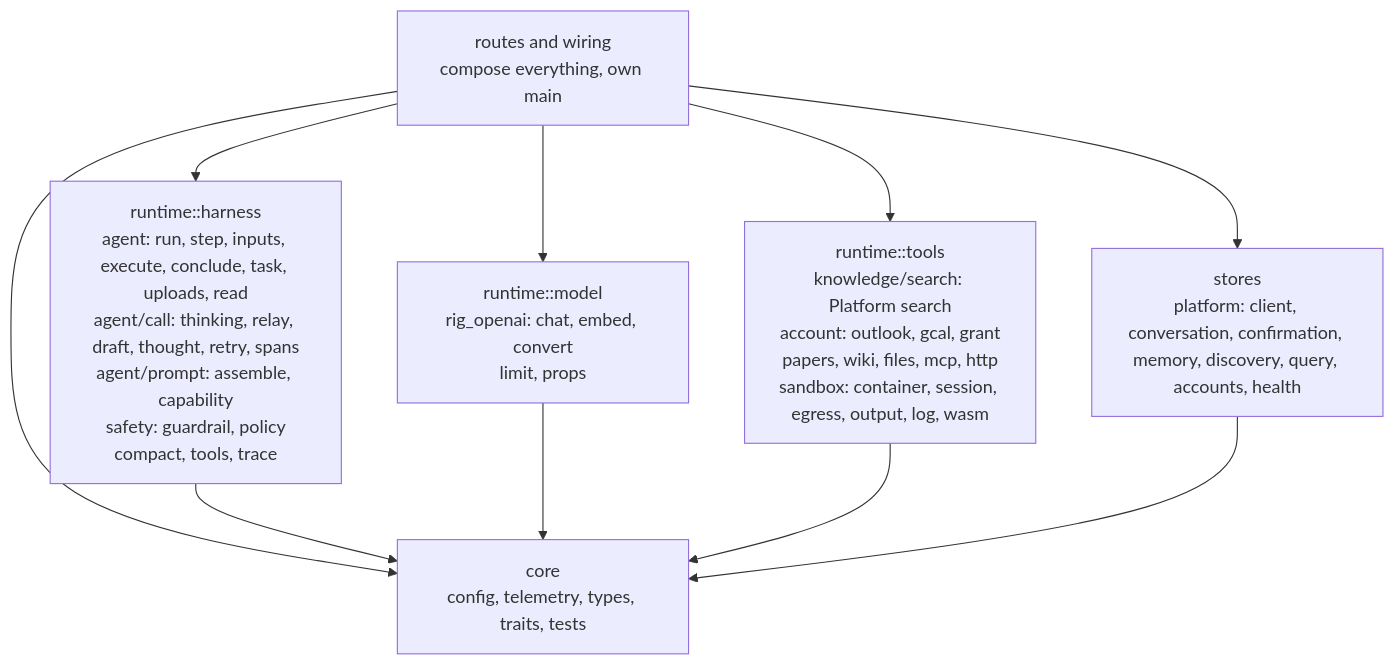
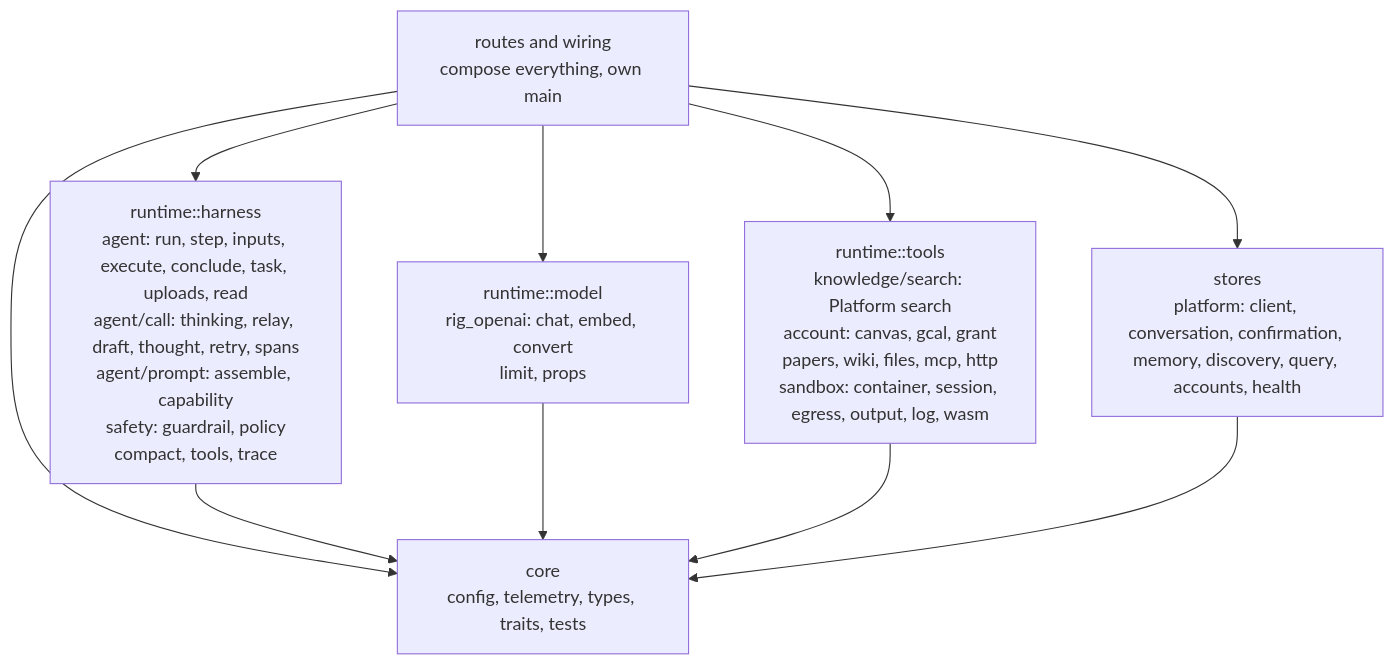
The second of 11 diagrams in docs/ARCHITECTURE.md (theaisocietyasu/sparky), drawn with Mermaid before and after one commit. The commit also changed other lines of this file and 27 other files, not shown here.

First line of the commit message:
Follow Platform's layered tools, ASU sources and Outlook removal (#156)

````diff
--- a/docs/ARCHITECTURE.md
+++ b/docs/ARCHITECTURE.md
@@ -122,19 +122,19 @@
 ```mermaid
 flowchart TD
     ROUTES["routes and wiring<br/>compose everything, own main"]
     HARNESS["runtime::harness<br/>agent: run, step, inputs, execute, conclude, task, uploads, read<br/>agent/call: thinking, relay, draft, thought, retry, spans<br/>agent/prompt: assemble, capability<br/>safety: guardrail, policy<br/>compact, tools, trace"]
     MODEL["runtime::model<br/>rig_openai: chat, embed, convert<br/>limit, props"]
-    TOOLS["runtime::tools<br/>knowledge/search: Platform search<br/>account: outlook, gcal, grant<br/>papers, wiki, files, mcp, http<br/>sandbox: container, session, egress, output, log, wasm"]
+    TOOLS["runtime::tools<br/>knowledge/search: Platform search<br/>account: canvas, gcal, grant<br/>papers, wiki, files, mcp, http<br/>sandbox: container, session, egress, output, log, wasm"]
     STORES["stores<br/>platform: client, conversation, confirmation, memory, discovery, query, accounts, health"]
     CORE["core<br/>config, telemetry, types, traits, tests"]
 
     ROUTES --> HARNESS
     ROUTES --> MODEL
     ROUTES --> TOOLS
     ROUTES --> STORES
     ROUTES --> CORE
     HARNESS --> CORE
     MODEL --> CORE
     TOOLS --> CORE
     STORES --> CORE
 ```
````
